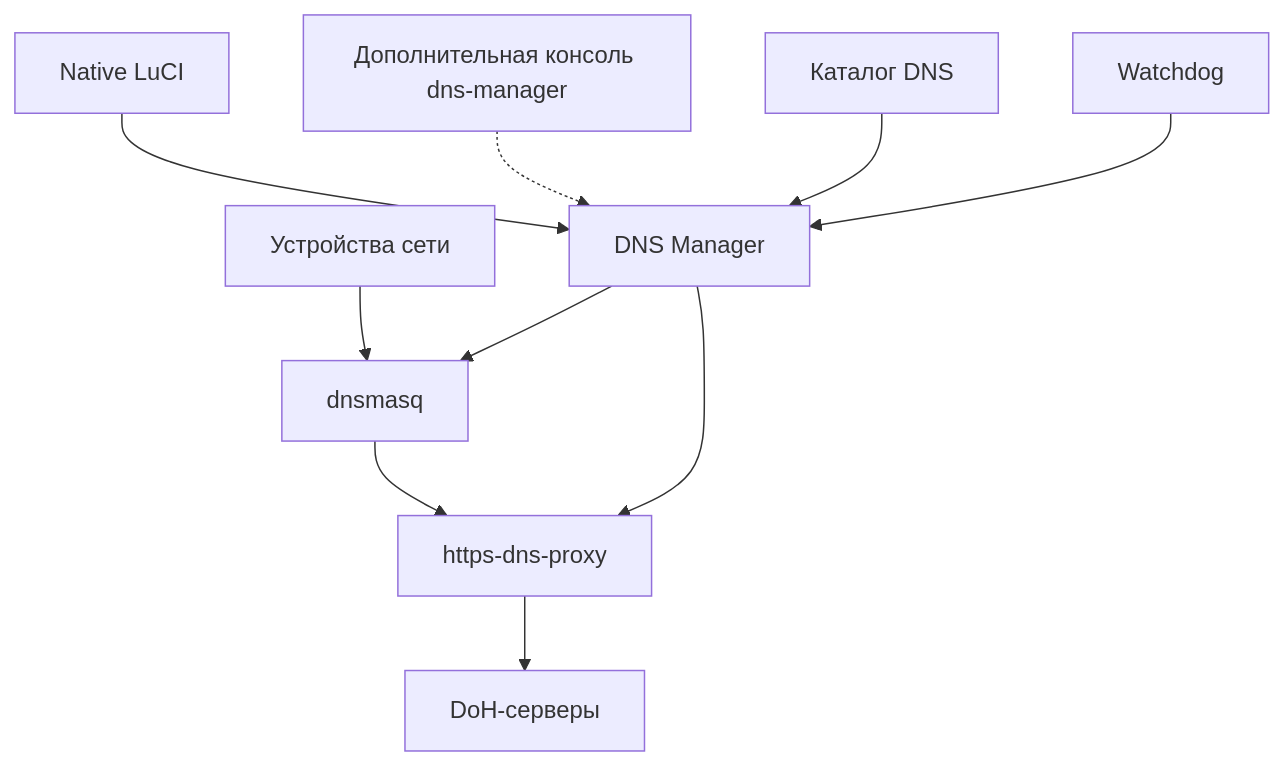
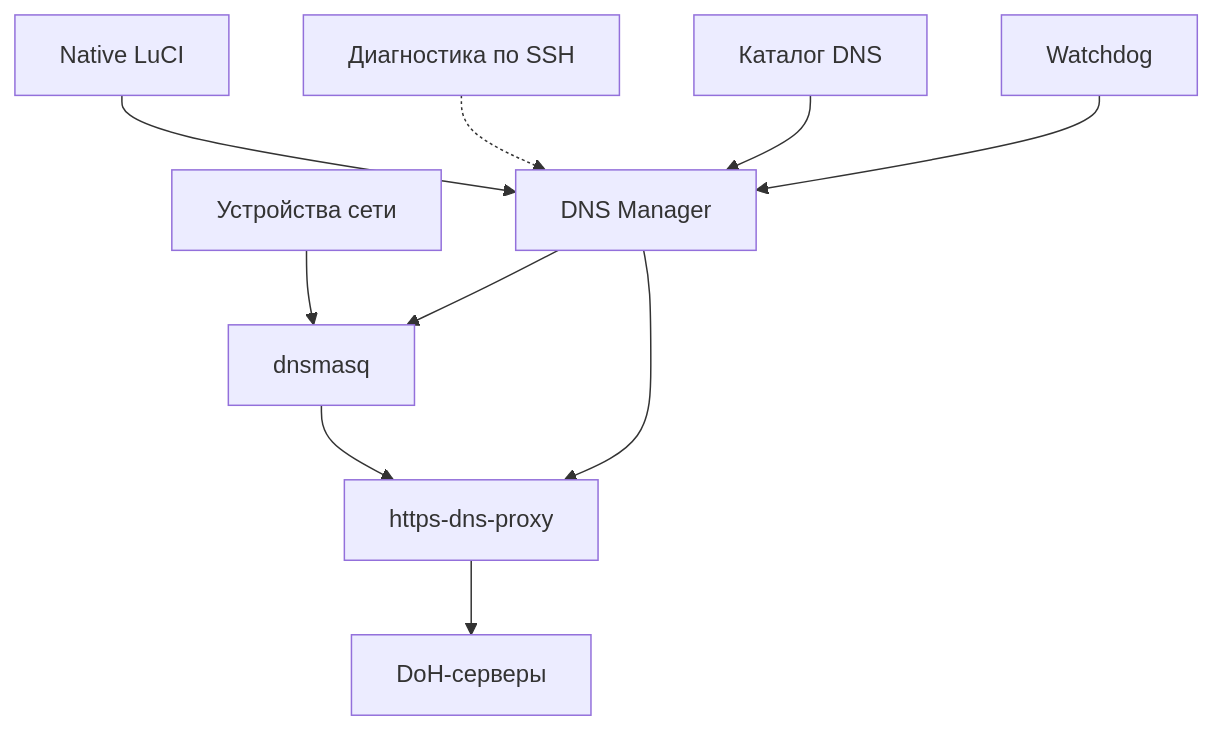
The first of 2 diagrams in README.md (PoTuStoronu222/DNS-Manager), drawn with Mermaid before and after one commit. The commit also changed other lines of this file and 4 other files, not shown here.

```diff
--- a/README.md
+++ b/README.md
@@ -85,13 +85,13 @@
 ~~~mermaid
 flowchart TB
     U["Устройства сети"] --> D["dnsmasq"]
     D --> H["https-dns-proxy"]
     H --> S["DoH-серверы"]
 
     L["Native LuCI"] --> M["DNS Manager"]
-    CLI["Дополнительная консоль dns-manager"] -.-> M
+    CLI["Диагностика по SSH"] -.-> M
     C["Каталог DNS"] --> M
     W["Watchdog"] --> M
     M --> D
     M --> H
 ~~~
```
